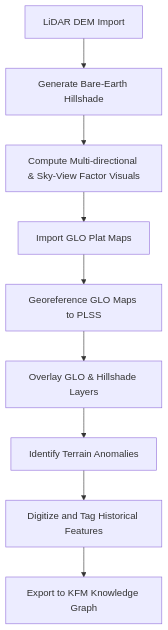
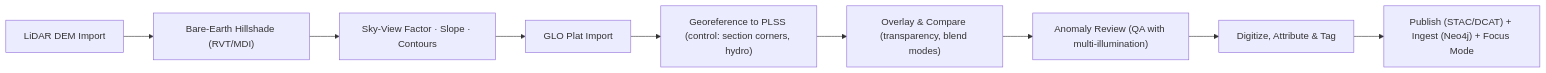
One commit to bartytime4life/Kansas-Frontier-Matrix changed the diagram in docs/workflows/lidar-glo-integration.md. Above: the diagram before and after it, drawn with Mermaid. The commit also changed other lines of this file, not shown here.

````diff
--- a/docs/workflows/lidar-glo-integration.md
+++ b/docs/workflows/lidar-glo-integration.md
@@ -60,11 +60,11 @@
 ```mermaid
-flowchart TD
-A["LiDAR DEM Import"] --> B["Generate Bare-Earth Hillshade"]
-B --> C["Compute Multi-directional & Sky-View Factor Visuals"]
-C --> D["Import GLO Plat Maps"]
-D --> E["Georeference GLO Maps to PLSS"]
-E --> F["Overlay GLO & Hillshade Layers"]
-F --> G["Identify Terrain Anomalies"]
-G --> H["Digitize and Tag Historical Features"]
-H --> I["Export to KFM Knowledge Graph"]
+flowchart LR
+    A["LiDAR DEM Import"] --> B["Bare-Earth Hillshade (RVT/MDI)"]
+    B --> C["Sky-View Factor · Slope · Contours"]
+    C --> D["GLO Plat Import"]
+    D --> E["Georeference to PLSS (control: section corners, hydro)"]
+    E --> F["Overlay & Compare (transparency, blend modes)"]
+    F --> G["Anomaly Review (QA with multi-illumination)"]
+    G --> H["Digitize, Attribute & Tag"]
+    H --> I["Publish (STAC/DCAT) + Ingest (Neo4j) + Focus Mode"]
 ```
````
